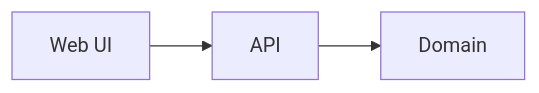
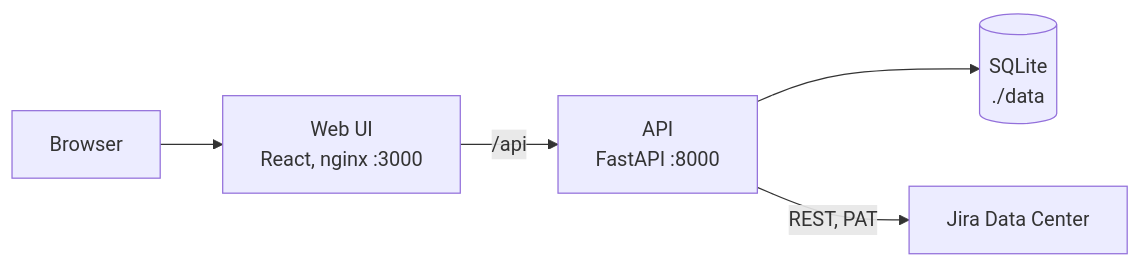
Before and after one commit to Smacktur/drawhl: the diagram in README.md, drawn with Mermaid. The commit also changed other lines of this file and 10 other files, not shown here.

First line of the commit message:
docs: README, architecture and CalVer release process

````diff
--- a/README.md
+++ b/README.md
@@ -56,5 +114,7 @@
 ```mermaid
 flowchart LR
-  UI[Web UI] --> API[API]
-  API[API] --> D[Domain]
+  Browser --> Web[Web UI<br/>React, nginx :3000]
+  Web -->|/api| API[API<br/>FastAPI :8000]
+  API --> DB[(SQLite<br/>./data)]
+  API -->|REST, PAT| Jira[Jira Data Center]
 ```
````
